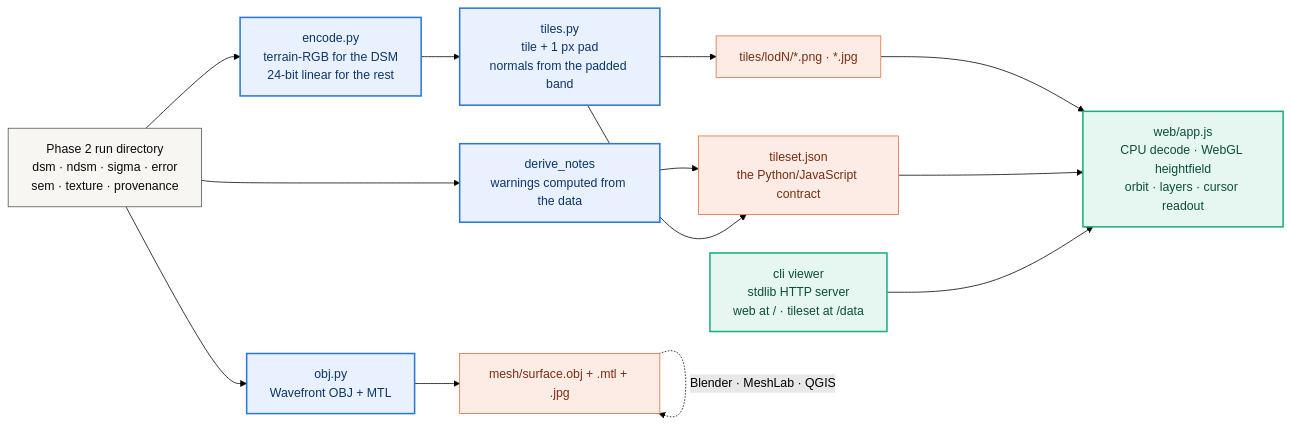
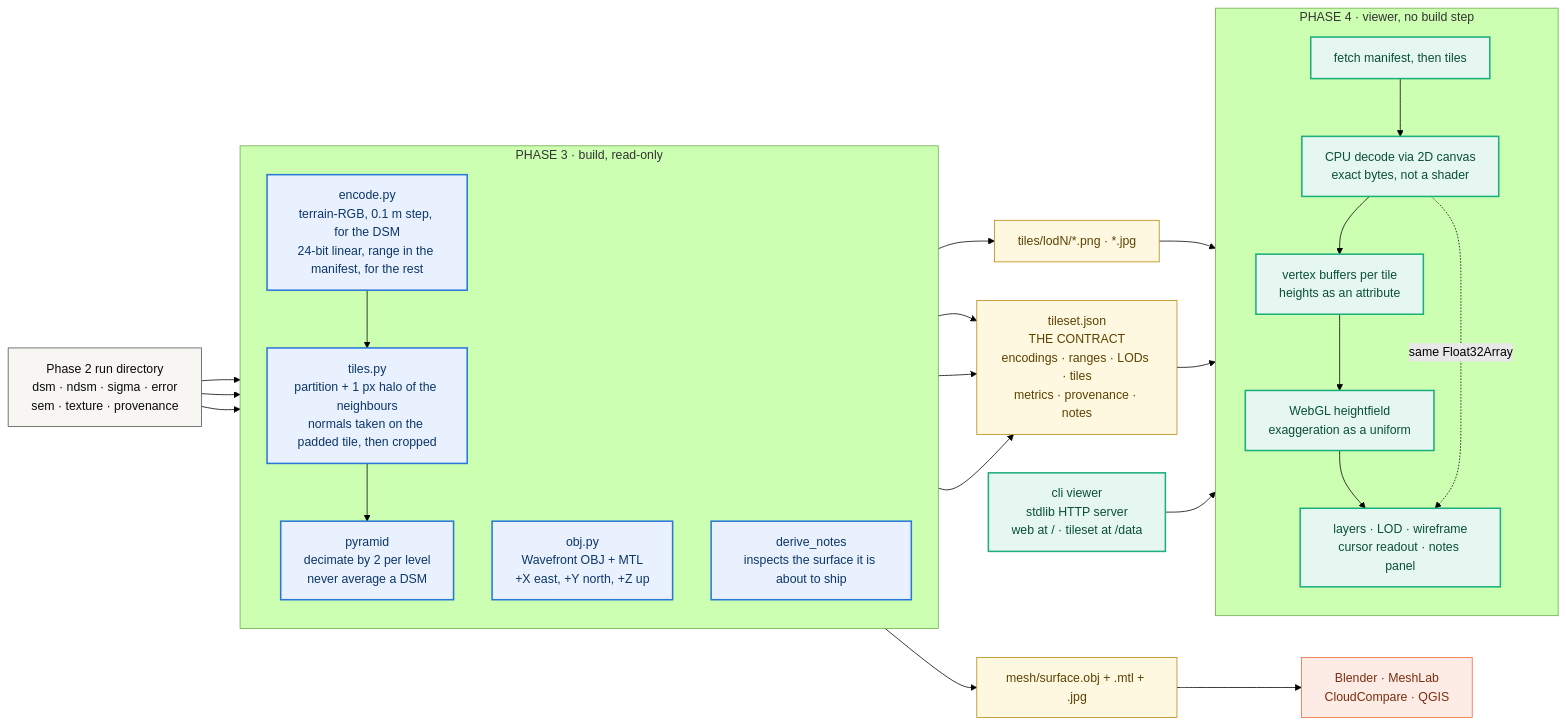
One commit to Sisigoks/AYAMA changed the third of 3 diagrams in README.md. Above: the diagram before and after it, drawn with Mermaid (forest theme). The commit also changed other lines of this file and 55 other files, not shown here.

First line of the commit message:
feat: publish the 3D viewer on the site over a 12-bit tileset

````diff
--- a/README.md
+++ b/README.md
@@ -1431,30 +637,46 @@
 ```mermaid
 flowchart LR
-    classDef p2 fill:#f7f6f3,stroke:#52514e,color:#0b0b0b
-    classDef p3 fill:#e8f1fd,stroke:#2a78d6,stroke-width:2px,color:#0d366b
-    classDef p4 fill:#e6f7f1,stroke:#1baf7a,stroke-width:2px,color:#0b4f38
-    classDef out fill:#fdece6,stroke:#eb6834,color:#7a2f10
+    classDef p2   fill:#f7f6f3,stroke:#52514e,color:#0b0b0b
+    classDef p3   fill:#e8f1fd,stroke:#2a78d6,stroke-width:2px,color:#0d366b
+    classDef p4   fill:#e6f7f1,stroke:#1baf7a,stroke-width:2px,color:#0b4f38
+    classDef out  fill:#fff8e1,stroke:#b8860b,color:#5c4200
+    classDef ext  fill:#fdece6,stroke:#eb6834,color:#7a2f10
 
-    R["Phase 2 run directory<br/>dsm · ndsm · sigma · error<br/>sem · texture · provenance"]:::p2
+    RUN["Phase 2 run directory<br/>dsm · ndsm · sigma · error<br/>sem · texture · provenance"]:::p2
 
-    E["encode.py<br/>terrain-RGB for the DSM<br/>24-bit linear for the rest"]:::p3
-    T["tiles.py<br/>tile + 1 px pad<br/>normals from the padded band"]:::p3
-    O["obj.py<br/>Wavefront OBJ + MTL"]:::p3
-    N["derive_notes<br/>warnings computed from the data"]:::p3
+    subgraph PH3["PHASE 3 · build, read-only"]
+        direction TB
+        ENC["encode.py<br/>terrain-RGB, 0.1 m step, for the DSM<br/>24-bit linear, range in the manifest, for the rest"]:::p3
+        TIL["tiles.py<br/>partition + 1 px halo of the neighbours<br/>normals taken on the padded tile, then cropped"]:::p3
+        LOD["pyramid<br/>decimate by 2 per level<br/>never average a DSM"]:::p3
+        OBJ["obj.py<br/>Wavefront OBJ + MTL<br/>+X east, +Y north, +Z up"]:::p3
+        NOT["derive_notes<br/>inspects the surface it is about to ship"]:::p3
+    end
 
-    M["tileset.json<br/>the Python/JavaScript contract"]:::out
-    P["tiles/lodN/*.png · *.jpg"]:::out
-    B["mesh/surface.obj + .mtl + .jpg"]:::out
+    MAN["tileset.json<br/>THE CONTRACT<br/>encodings · ranges · LODs · tiles<br/>metrics · provenance · notes"]:::out
+    PNG["tiles/lodN/*.png · *.jpg"]:::out
+    MESH["mesh/surface.obj + .mtl + .jpg"]:::out
 
-    V["web/app.js<br/>CPU decode · WebGL heightfield<br/>orbit · layers · cursor readout"]:::p4
-    S["cli viewer<br/>stdlib HTTP server<br/>web at / · tileset at /data"]:::p4
+    subgraph PH4["PHASE 4 · viewer, no build step"]
+        direction TB
+        FETCH["fetch manifest, then tiles"]:::p4
+        DEC["CPU decode via 2D canvas<br/>exact bytes, not a shader"]:::p4
+        GEO["vertex buffers per tile<br/>heights as an attribute"]:::p4
+        GL["WebGL heightfield<br/>exaggeration as a uniform"]:::p4
+        UI["layers · LOD · wireframe<br/>cursor readout · notes panel"]:::p4
+    end
 
-    R --> E --> T --> P
-    R --> O --> B
-    R --> N --> M
-    T --> M
-    P --> V
-    M --> V
-    B -.->|"Blender · MeshLab · QGIS"| B
-    S --> V
+    SRV["cli viewer<br/>stdlib HTTP server<br/>web at / · tileset at /data"]:::p4
+    DCC["Blender · MeshLab<br/>CloudCompare · QGIS"]:::ext
+
+    RUN --> ENC --> TIL --> LOD --> PNG
+    RUN --> OBJ --> MESH
+    RUN --> NOT --> MAN
+    TIL --> MAN
+    LOD --> MAN
+    PNG --> FETCH
+    MAN --> FETCH --> DEC --> GEO --> GL --> UI
+    DEC -. "same Float32Array" .-> UI
+    SRV --> FETCH
+    MESH --> DCC
 ```
````
